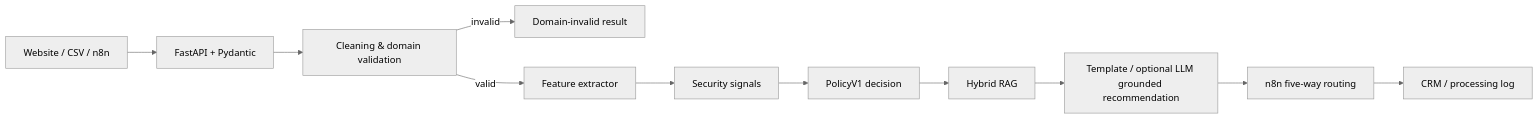
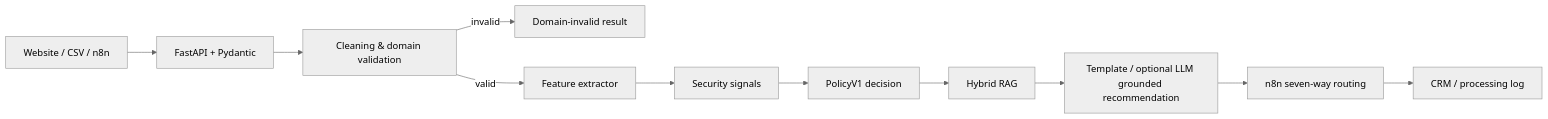
One commit to jorlin1101-cyber/ai-sales-lead-crm-automation changed the diagram in README.en.md. Above: the diagram before and after it, drawn with Mermaid (neutral theme). The commit also changed other lines of this file and 1 other file, not shown here.

Commit message:
Sync bilingual review metrics and seven-route workflow docs

````diff
--- a/README.en.md
+++ b/README.en.md
@@ -80,13 +90,13 @@
 ```mermaid
 flowchart LR
     A[Website / CSV / n8n] --> B[FastAPI + Pydantic]
     B --> C[Cleaning & domain validation]
     C -->|invalid| J[Domain-invalid result]
     C -->|valid| D[Feature extractor]
     D --> E[Security signals]
     E --> F[PolicyV1 decision]
     F --> G[Hybrid RAG]
     G --> H[Template / optional LLM grounded recommendation]
-    H --> I[n8n five-way routing]
+    H --> I[n8n seven-way routing]
     I --> K[CRM / processing log]
 ```
````
